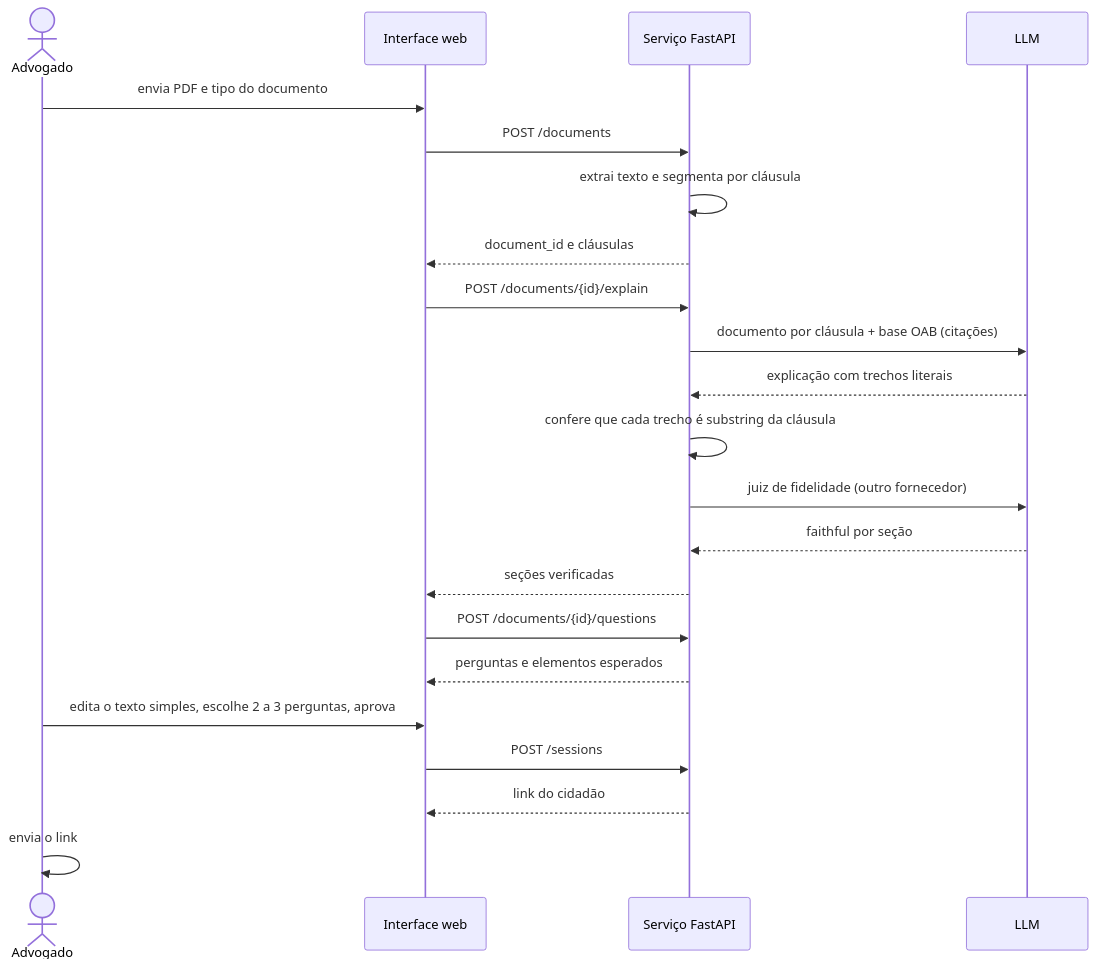
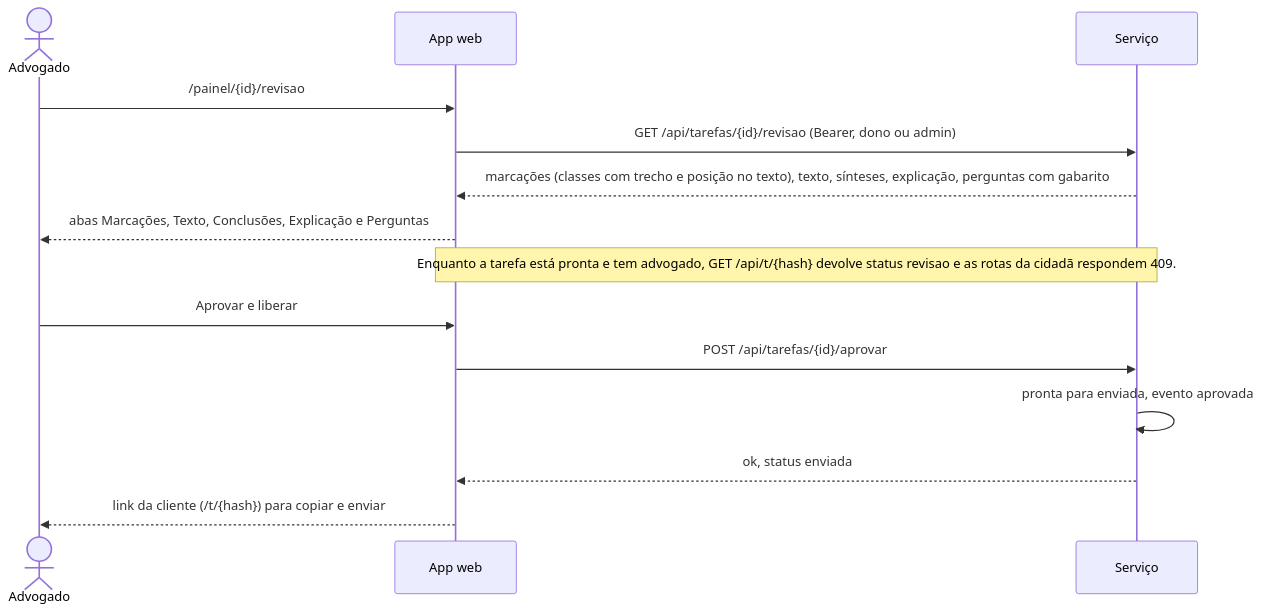
Before and after one commit to deegalabs/leia: the fifth of 10 diagrams in apps/web/content/docs/USE-CASES.md, drawn with Mermaid. The commit also changed other lines of this file and 2 other files, not shown here.

Commit message:
docs: use-case diagram, task state diagram and sequence diagrams for every use case with the real v3 routes

````diff
--- a/apps/web/content/docs/USE-CASES.md
+++ b/apps/web/content/docs/USE-CASES.md
@@ -31,24 +136,16 @@
 ```mermaid
 sequenceDiagram
   actor A as Advogado
-  participant W as Interface web
-  participant S as Serviço FastAPI
-  participant L as LLM
-  A->>W: envia PDF e tipo do documento
-  W->>S: POST /documents
-  S->>S: extrai texto e segmenta por cláusula
-  S-->>W: document_id e cláusulas
-  W->>S: POST /documents/{id}/explain
-  S->>L: documento por cláusula + base OAB (citações)
-  L-->>S: explicação com trechos literais
-  S->>S: confere que cada trecho é substring da cláusula
-  S->>L: juiz de fidelidade (outro fornecedor)
-  L-->>S: faithful por seção
-  S-->>W: seções verificadas
-  W->>S: POST /documents/{id}/questions
-  S-->>W: perguntas e elementos esperados
-  A->>W: edita o texto simples, escolhe 2 a 3 perguntas, aprova
-  W->>S: POST /sessions
-  S-->>W: link do cidadão
-  A->>A: envia o link
+  participant W as App web
+  participant S as Serviço
+  A->>W: /painel/{id}/revisao
+  W->>S: GET /api/tarefas/{id}/revisao (Bearer, dono ou admin)
+  S-->>W: marcações (classes com trecho e posição no texto), texto, sínteses, explicação, perguntas com gabarito
+  W-->>A: abas Marcações, Texto, Conclusões, Explicação e Perguntas
+  Note over W,S: Enquanto a tarefa está pronta e tem advogado, GET /api/t/{hash} devolve status revisao e as rotas da cidadã respondem 409.
+  A->>W: Aprovar e liberar
+  W->>S: POST /api/tarefas/{id}/aprovar
+  S->>S: pronta para enviada, evento aprovada
+  S-->>W: ok, status enviada
+  W-->>A: link da cliente (/t/{hash}) para copiar e enviar
 ```
````
